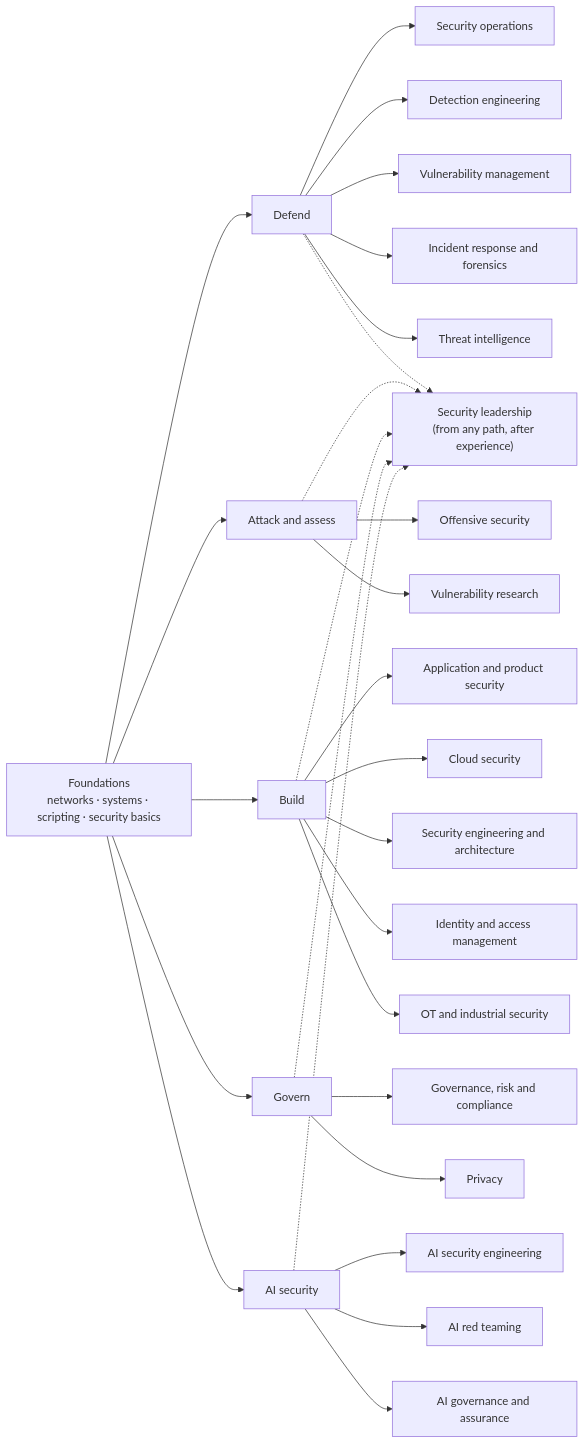
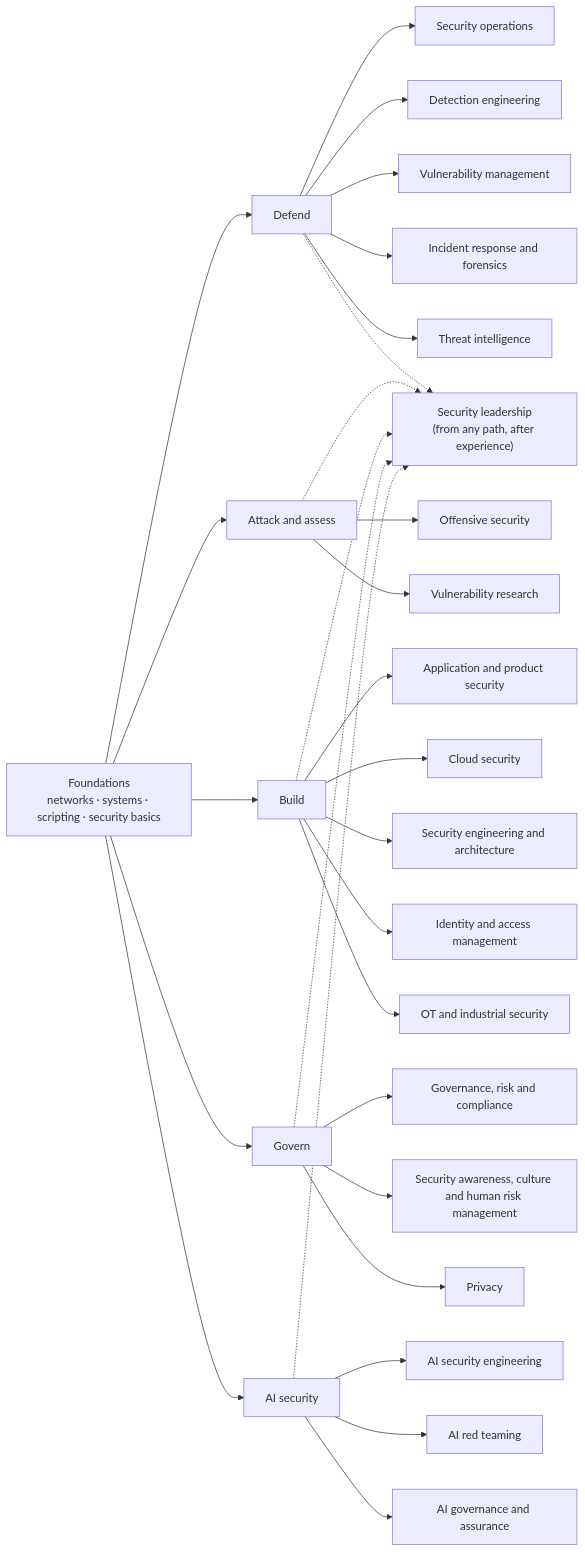
Before and after one commit to thenayanhazra/security-career-paths: the diagram in README.md, drawn with Mermaid. The commit also changed other lines of this file and 9 other files, not shown here.

Commit message:
Add security awareness career path

````diff
--- a/README.md
+++ b/README.md
@@ -33,27 +33,28 @@
 ```mermaid
 flowchart LR
   F["Foundations<br/>networks · systems · scripting · security basics"]
   F --> D["Defend"]
   F --> A["Attack and assess"]
   F --> B["Build"]
   F --> G["Govern"]
   F --> AI["AI security"]
   D --> SO["Security operations"]
   D --> DE["Detection engineering"]
   D --> VM["Vulnerability management"]
   D --> IR["Incident response and forensics"]
   D --> TI["Threat intelligence"]
   A --> OS["Offensive security"]
   A --> VR["Vulnerability research"]
   B --> AS["Application and product security"]
   B --> CS["Cloud security"]
   B --> SE["Security engineering and architecture"]
   B --> IAM["Identity and access management"]
   B --> OT["OT and industrial security"]
   G --> GRC["Governance, risk and compliance"]
+  G --> SAC["Security awareness, culture and human risk management"]
   G --> PR["Privacy"]
   AI --> AISE["AI security engineering"]
   AI --> AIRT["AI red teaming"]
   AI --> AIG["AI governance and assurance"]
   D & A & B & G & AI -.-> L["Security leadership<br/>(from any path, after experience)"]
 ```
````
